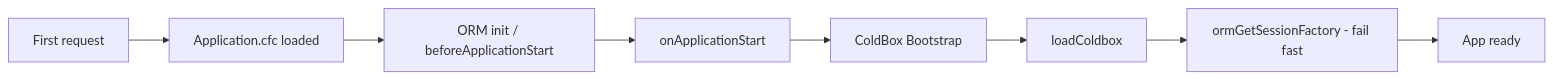
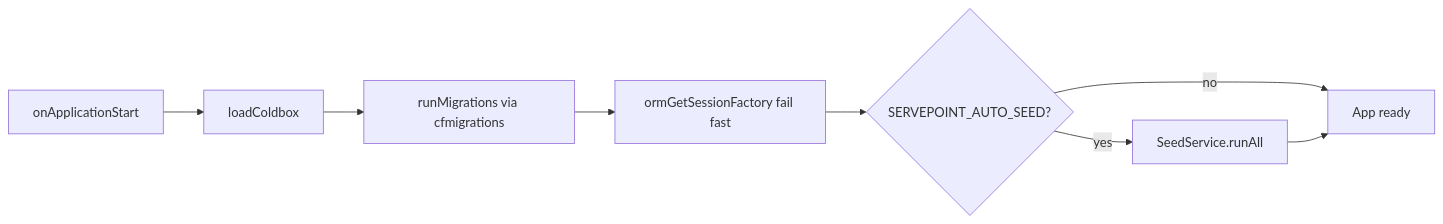
One commit to mattburnett-repo/servepoint changed the second of 2 diagrams in design/mermaid/request-lifecycle.md. Above: the diagram before and after it, drawn with Mermaid. The commit also changed other lines of this file and 24 other files, not shown here.

````diff
--- a/design/mermaid/request-lifecycle.md
+++ b/design/mermaid/request-lifecycle.md
@@ -29,10 +36,10 @@
 ```mermaid
 flowchart LR
-    A[First request] --> B[Application.cfc loaded]
-    B --> C[ORM init / beforeApplicationStart]
-    C --> D[onApplicationStart]
-    D --> E[ColdBox Bootstrap]
-    E --> F[loadColdbox]
-    F --> G[ormGetSessionFactory - fail fast]
-    G --> H[App ready]
+    A[onApplicationStart] --> B[loadColdbox]
+    B --> C[runMigrations via cfmigrations]
+    C --> D[ormGetSessionFactory fail fast]
+    D --> E{SERVEPOINT_AUTO_SEED?}
+    E -->|yes| F[SeedService.runAll]
+    E -->|no| G[App ready]
+    F --> G
 ```
````
